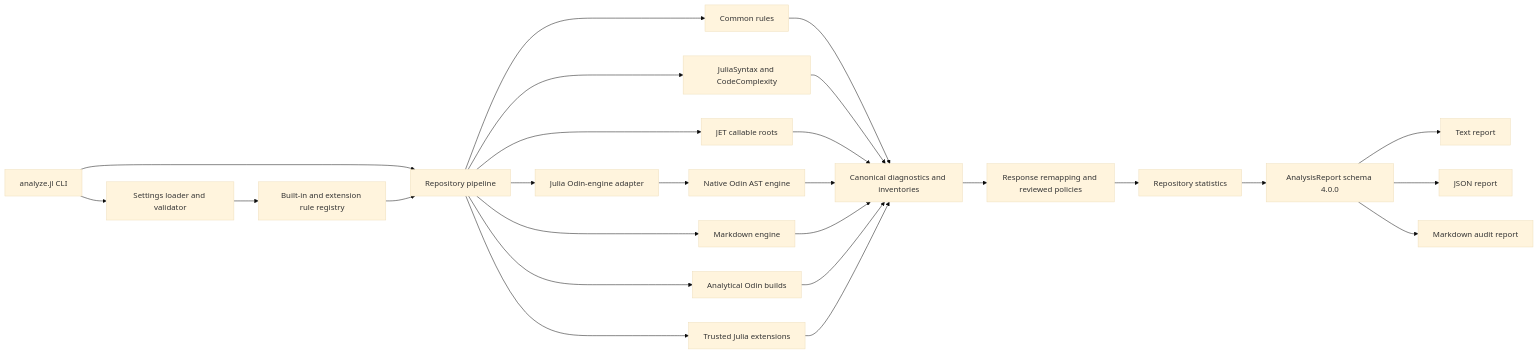
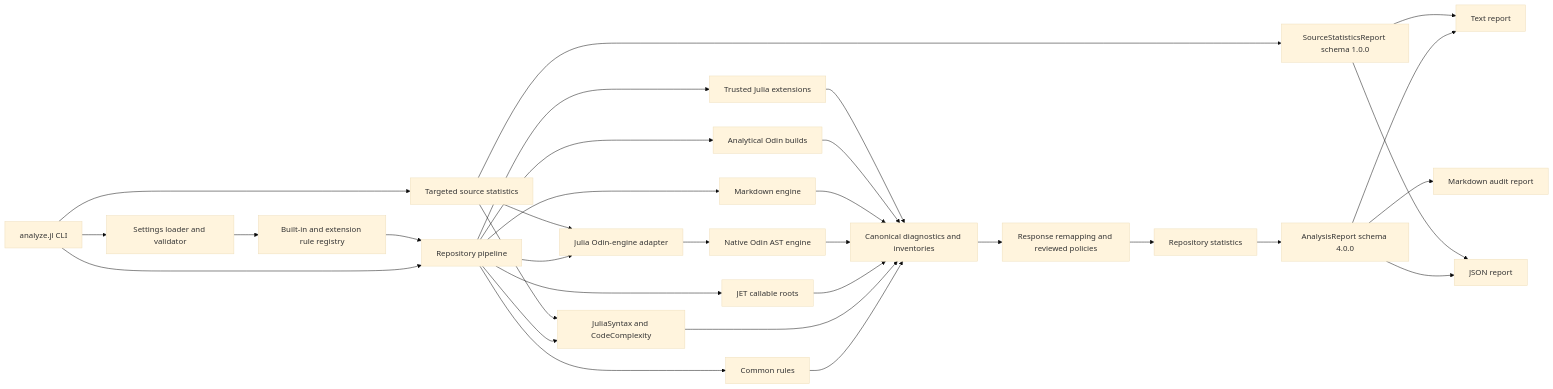
Before and after one commit to derekshoneycutt/OdinJuliaAnalysis: the first of 4 diagrams in README.md, drawn with Mermaid (base theme). The commit also changed other lines of this file and 10 other files, not shown here.

Commit message:
Add targeted source statistics

````diff
--- a/README.md
+++ b/README.md
@@ -153,31 +182,37 @@
 ```mermaid
 flowchart LR
     CLI[analyze.jl CLI] --> Settings[Settings loader and validator]
     CLI --> Pipeline[Repository pipeline]
+  CLI --> LocalStats[Targeted source statistics]
     Settings --> Registry[Built-in and extension rule registry]
     Registry --> Pipeline
 
     Pipeline --> Common[Common rules]
     Pipeline --> Julia[JuliaSyntax and CodeComplexity]
     Pipeline --> JET[JET callable roots]
     Pipeline --> OdinBridge[Julia Odin-engine adapter]
+    LocalStats --> Julia
+    LocalStats --> OdinBridge
     OdinBridge --> OdinNative[Native Odin AST engine]
     Pipeline --> Markdown[Markdown engine]
     Pipeline --> Builds[Analytical Odin builds]
     Pipeline --> Extensions[Trusted Julia extensions]
 
     Common --> Model[Canonical diagnostics and inventories]
     Julia --> Model
     JET --> Model
     OdinNative --> Model
     Markdown --> Model
     Builds --> Model
     Extensions --> Model
 
     Model --> Policy[Response remapping and reviewed policies]
     Policy --> Statistics[Repository statistics]
     Statistics --> Report[AnalysisReport schema 4.0.0]
+    LocalStats --> StatsReport[SourceStatisticsReport schema 1.0.0]
     Report --> Text[Text report]
     Report --> JSON[JSON report]
     Report --> MD[Markdown audit report]
+    StatsReport --> Text
+    StatsReport --> JSON
 ```
````
